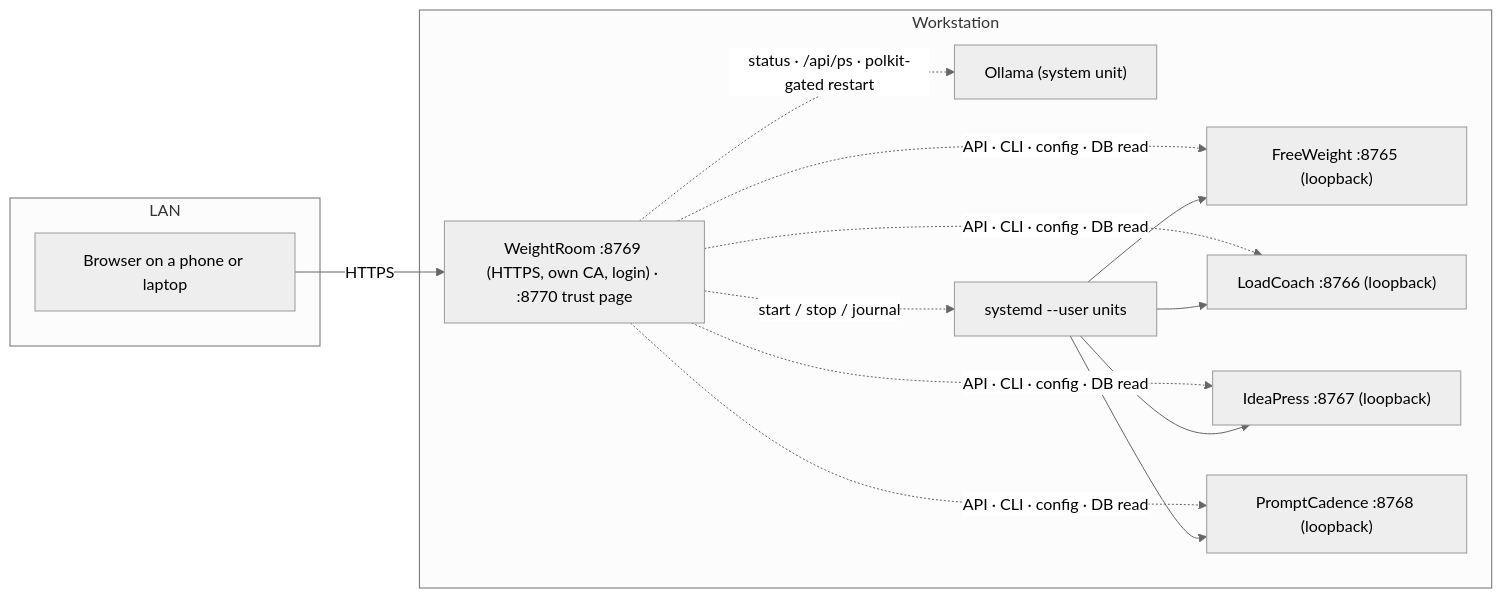
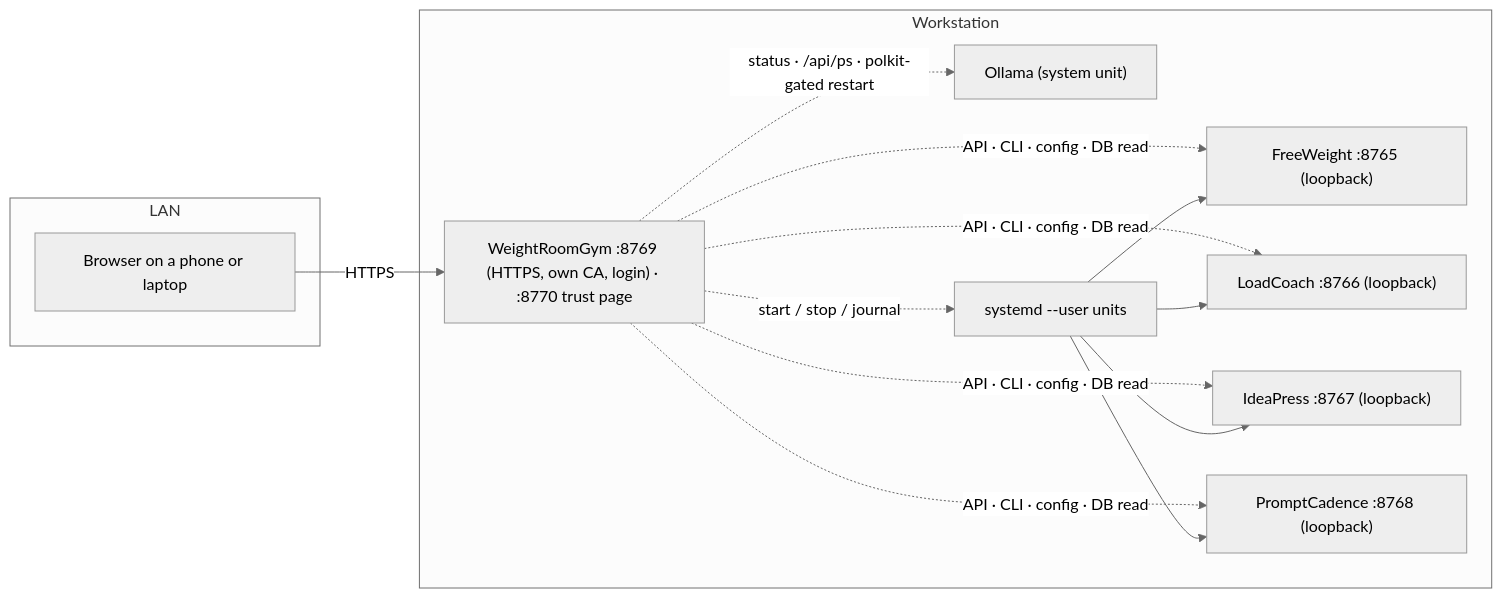
The seventh of 11 diagrams in docs/architecture/master-architecture.md (JPKell/OpenWeight-Gym), drawn with Mermaid (neutral theme) before and after one commit. The commit also changed other lines of this file and 48 other files, not shown here.

First line of the commit message:
chore: the names — product WeightRoomGym, distribution and CLI wr-gym, import weightroom

````diff
--- a/docs/architecture/master-architecture.md
+++ b/docs/architecture/master-architecture.md
@@ -549,20 +550,20 @@
 ```mermaid
 graph LR
     subgraph LAN
         B["Browser on a phone or laptop"]
     end
     subgraph "Workstation"
-        WR["WeightRoom :8769 (HTTPS, own CA, login) · :8770 trust page"]
+        WR["WeightRoomGym :8769 (HTTPS, own CA, login) · :8770 trust page"]
         FW["FreeWeight :8765 (loopback)"]
         LC["LoadCoach :8766 (loopback)"]
         IP["IdeaPress :8767 (loopback)"]
         PC["PromptCadence :8768 (loopback)"]
         OL["Ollama (system unit)"]
         SD["systemd --user units"]
     end
     B -->|HTTPS| WR
     WR -.->|API · CLI · config · DB read| FW & LC & IP & PC
     WR -.->|start / stop / journal| SD
     SD --> FW & LC & IP & PC
     WR -.->|status · /api/ps · polkit-gated restart| OL
 ```
````
